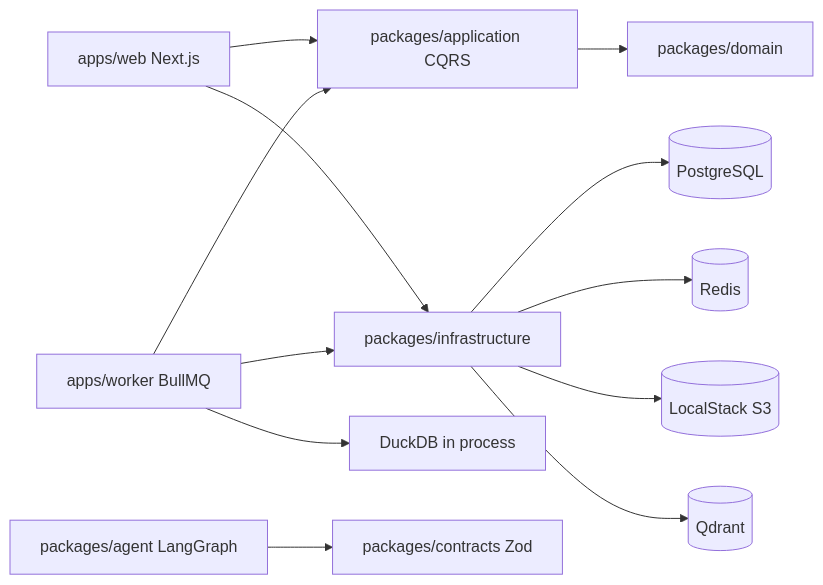
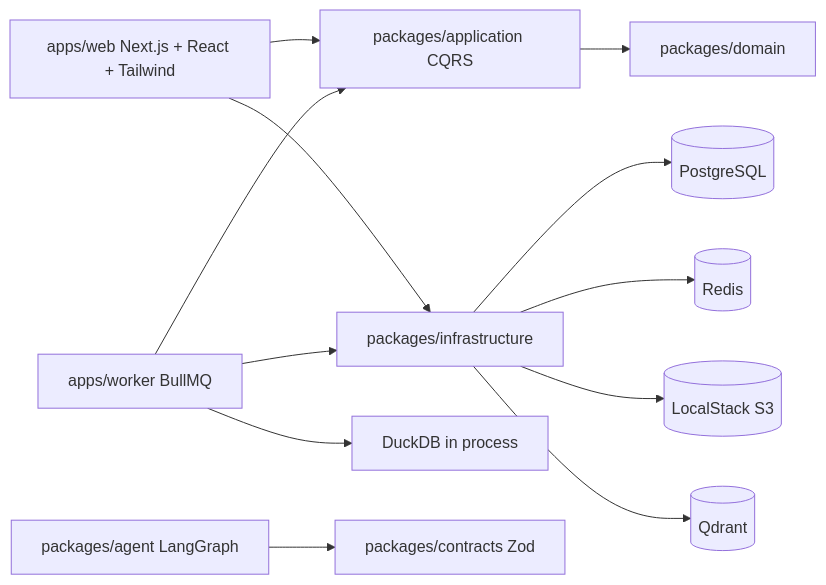
One commit to hanzala-afzal-dev/AI-CSV changed the diagram in README.md. Above: the diagram before and after it, drawn with Mermaid. The commit also changed other lines of this file and 11 other files, not shown here.

Commit message:
boilet plate: setup react.js packaged with tailwind css processor

````diff
--- a/README.md
+++ b/README.md
@@ -14,14 +14,14 @@
 ```mermaid
 flowchart LR
-  Web[apps/web Next.js] --> App[packages/application CQRS]
+  Web[apps/web Next.js + React + Tailwind] --> App[packages/application CQRS]
   Worker[apps/worker BullMQ] --> App
   App --> Domain[packages/domain]
   Web --> Infra[packages/infrastructure]
   Worker --> Infra
   Infra --> Postgres[(PostgreSQL)]
   Infra --> Redis[(Redis)]
   Infra --> S3[(LocalStack S3)]
   Infra --> Qdrant[(Qdrant)]
   Worker --> DuckDB[DuckDB in process]
   Agent[packages/agent LangGraph] --> Contracts[packages/contracts Zod]
 ```
````
